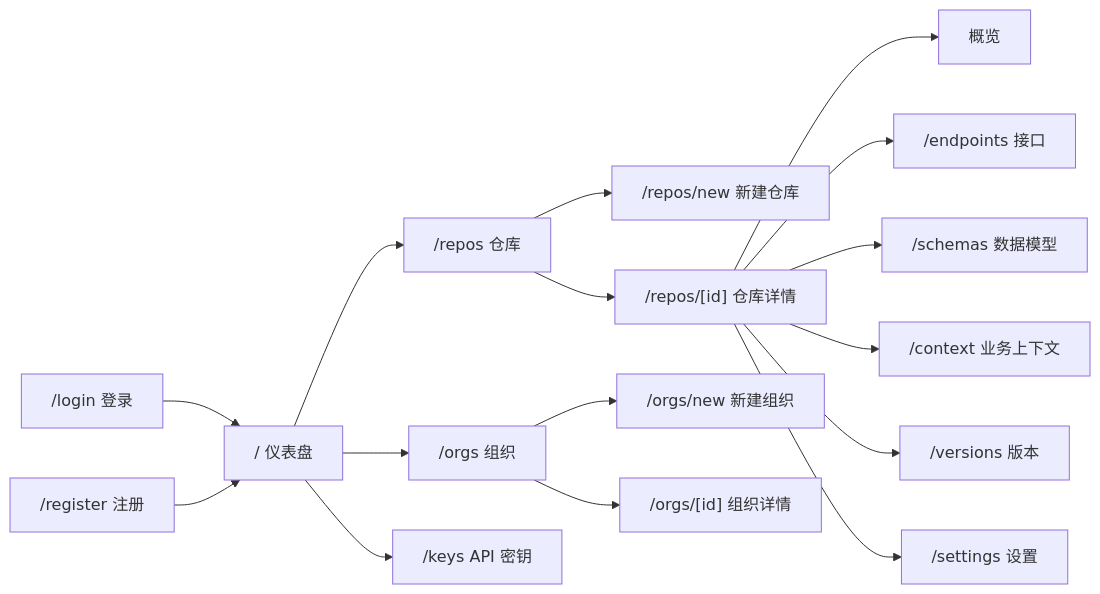
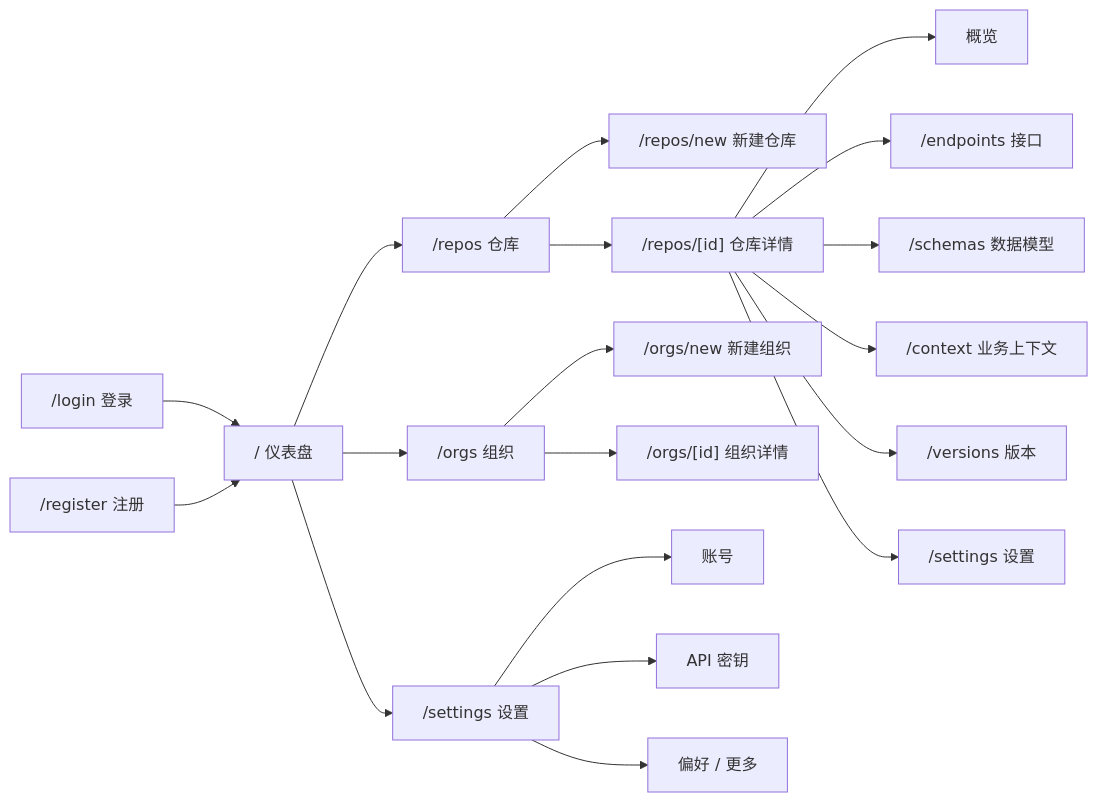
Before and after one commit to detao-labs/apigent: the diagram in docs/design/platform-ux.md, drawn with Mermaid. The commit also changed other lines of this file and 36 other files, not shown here.

````diff
--- a/docs/design/platform-ux.md
+++ b/docs/design/platform-ux.md
@@ -66,18 +66,21 @@
 ```mermaid
 flowchart LR
   A["/login 登录"] --> D["/ 仪表盘"]
   B["/register 注册"] --> D
   D --> R["/repos 仓库"]
   R --> RN["/repos/new 新建仓库"]
   R --> RD["/repos/[id] 仓库详情"]
   RD --> RT1["概览"]
   RD --> RT2["/endpoints 接口"]
   RD --> RT3["/schemas 数据模型"]
   RD --> RT4["/context 业务上下文"]
   RD --> RT5["/versions 版本"]
   RD --> RT6["/settings 设置"]
   D --> O["/orgs 组织"]
   O --> ON["/orgs/new 新建组织"]
   O --> OD["/orgs/[id] 组织详情"]
-  D --> K["/keys API 密钥"]
+  D --> S["/settings 设置"]
+  S --> S1["账号"]
+  S --> S2["API 密钥"]
+  S --> S3["偏好 / 更多"]
 ```
````
